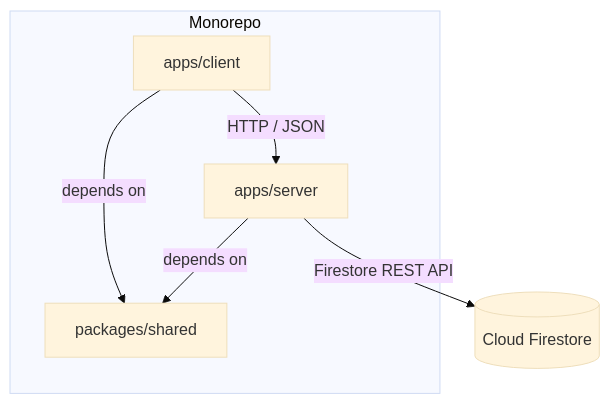
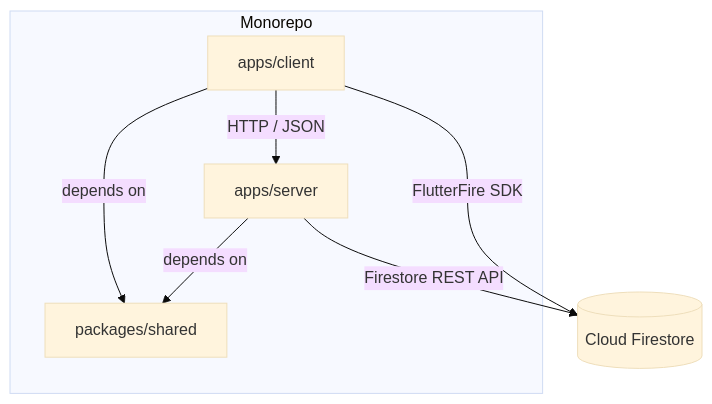
The first of 10 diagrams in ARCHITECTURE.md (adsouza/votasq), drawn with Mermaid (base theme) before and after one commit. The commit also changed other lines of this file and 3 other files, not shown here.

````diff
--- a/ARCHITECTURE.md
+++ b/ARCHITECTURE.md
@@ -6,13 +6,14 @@
 ```mermaid
 graph TD
     subgraph Monorepo
         shared[packages/shared]
         client[apps/client]
         server[apps/server]
     end
 
     client -- "depends on" --> shared
     server -- "depends on" --> shared
     client -- "HTTP / JSON" --> server
-    server -- "Firestore REST API" --> Firestore[(Cloud Firestore)]
+    client -- "FlutterFire SDK" --> Firestore[(Cloud Firestore)]
+    server -- "Firestore REST API" --> Firestore
 ```
````
